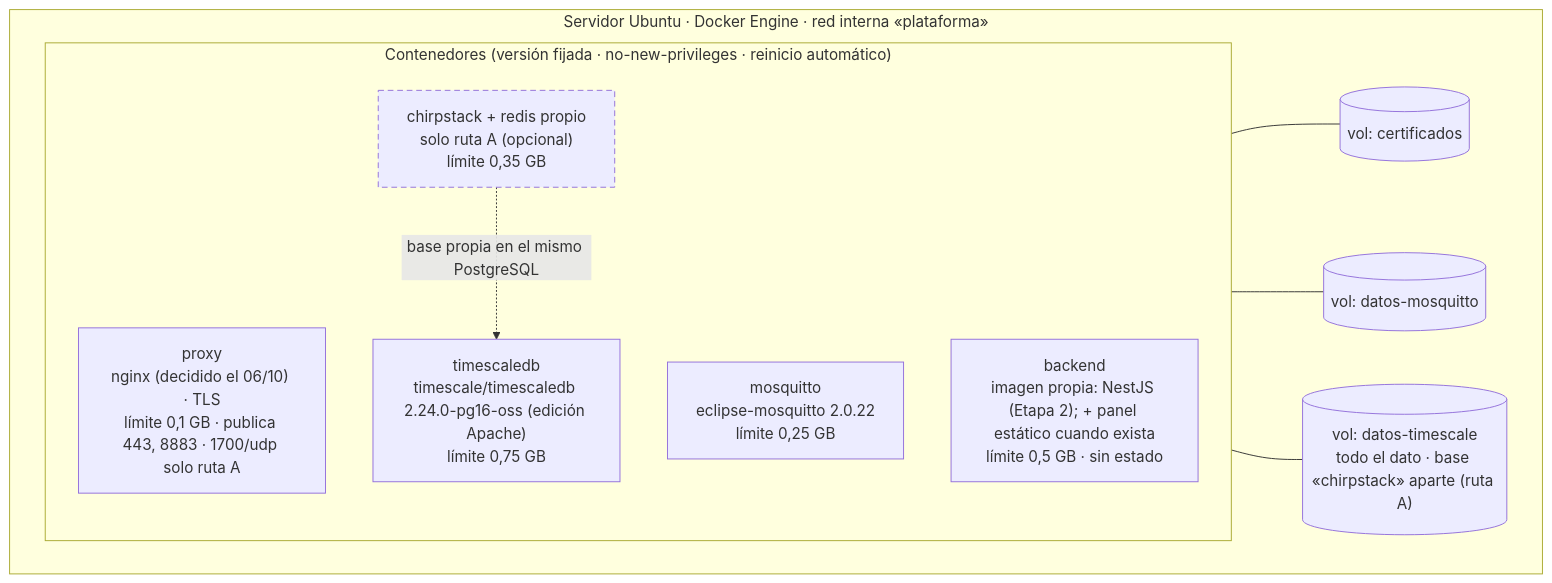
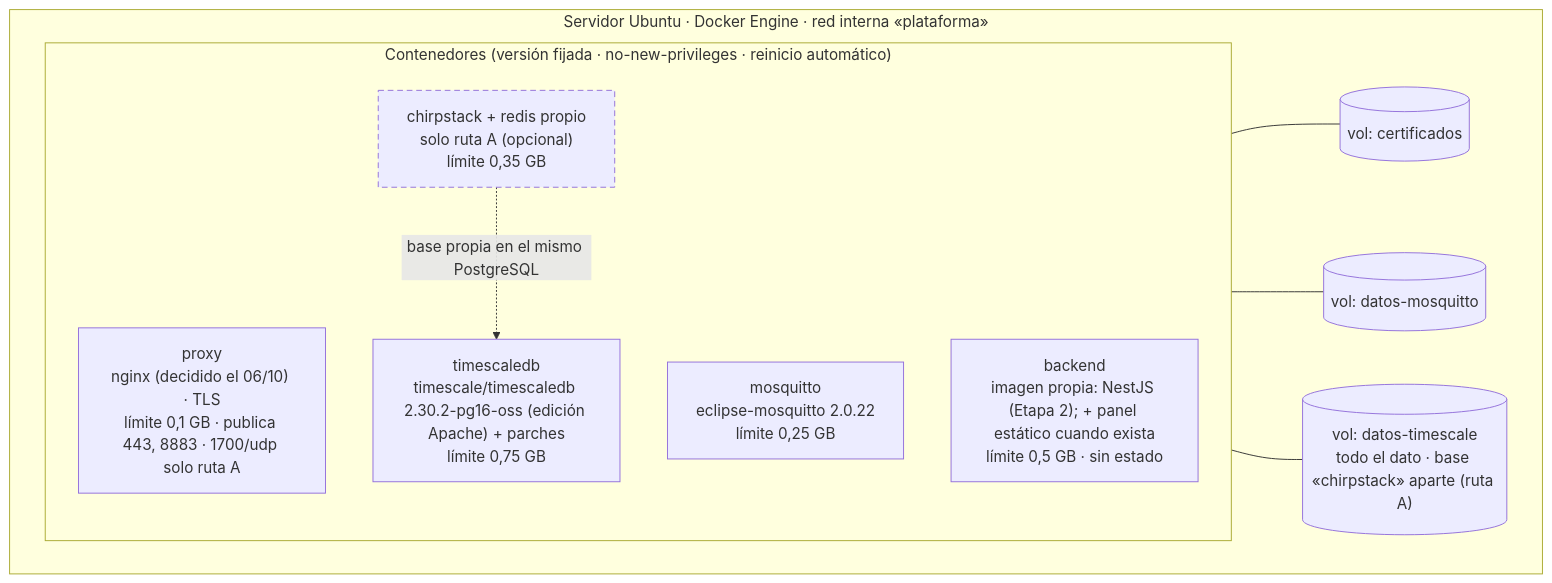
The sixth of 6 diagrams in docs/10-arquitectura.md (vicenterami/tesis), drawn with Mermaid before and after one commit. The commit also changed other lines of this file and 43 other files, not shown here.

````diff
--- a/docs/10-arquitectura.md
+++ b/docs/10-arquitectura.md
@@ -431,23 +441,23 @@
 ```mermaid
 flowchart TB
     subgraph HOST["Servidor Ubuntu · Docker Engine · red interna «plataforma»"]
         direction LR
         subgraph SVC["Contenedores (versión fijada · no-new-privileges · reinicio automático)"]
             direction TB
             C5["proxy<br/>nginx (decidido el 06/10) · TLS<br/>límite 0,1 GB · publica 443, 8883 · 1700/udp solo ruta A"]
             C1["mosquitto<br/>eclipse-mosquitto 2.0.22<br/>límite 0,25 GB"]
             C2["chirpstack + redis propio<br/>solo ruta A (opcional)<br/>límite 0,35 GB"]
             C4["backend<br/>imagen propia: NestJS (Etapa 2); + panel estático cuando exista<br/>límite 0,5 GB · sin estado"]
-            C3["timescaledb<br/>timescale/timescaledb 2.24.0-pg16-oss (edición Apache)<br/>límite 0,75 GB"]
+            C3["timescaledb<br/>timescale/timescaledb 2.30.2-pg16-oss (edición Apache) + parches<br/>límite 0,75 GB"]
         end
         V4[("vol: certificados")]
         V2[("vol: datos-mosquitto")]
         V1[("vol: datos-timescale<br/>todo el dato · base «chirpstack» aparte (ruta A)")]
     end
     C5 --- V4
     C1 --- V2
     C3 --- V1
     C2 -. "base propia en el mismo PostgreSQL" .-> C3
     classDef opcional stroke-dasharray:6 4
     class C2 opcional
 ```
````
